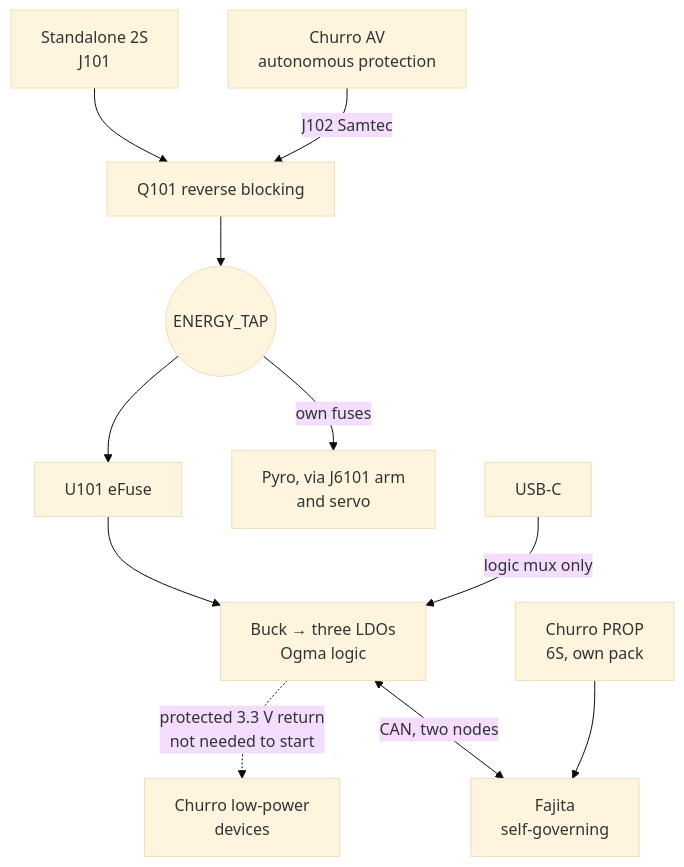
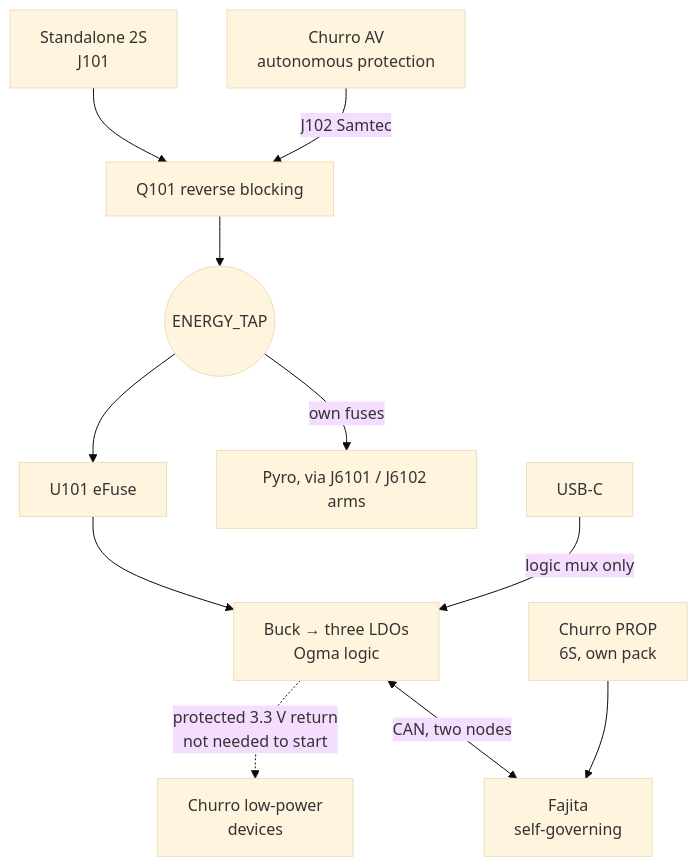
One commit to ULAS-HiPR/Ogma2 changed the diagram in interfaces/power-contract.md. Above: the diagram before and after it, drawn with Mermaid (base theme). The commit also changed other lines of this file and 21 other files, not shown here.

First line of the commit message:
Record the 18-19 Nov architecture sign-off and its decisions

````diff
--- a/interfaces/power-contract.md
+++ b/interfaces/power-contract.md
@@ -176,20 +176,19 @@
 ```mermaid
 flowchart TB
   SA["Standalone 2S
 J101"] --> Q["Q101 reverse blocking"]
   CH["Churro AV
 autonomous protection"] -->|"J102 Samtec"| Q
   Q --> TAP(("ENERGY_TAP"))
   TAP --> U101["U101 eFuse"] --> LOGIC["Buck → three LDOs
 Ogma logic"]
-  TAP -->|"own fuses"| OUT["Pyro, via J6101 arm
-and servo"]
+  TAP -->|"own fuses"| OUT["Pyro, via J6101 / J6102 arms"]
   USB["USB-C"] -->|"logic mux only"| LOGIC
   LOGIC -.->|"protected 3.3 V return
 not needed to start"| CL["Churro low-power
 devices"]
   LOGIC <-->|"CAN, two nodes"| FJ["Fajita
 self-governing"]
   CP["Churro PROP
 6S, own pack"] --> FJ
 ```
````
